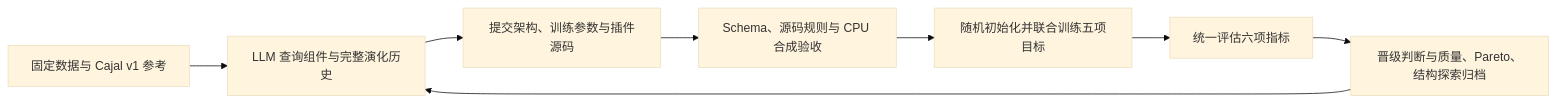
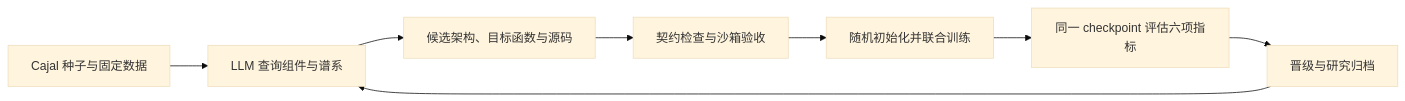
Before and after one commit to novaeve/nanobrain: the diagram in README_zh-CN.md, drawn with Mermaid (base theme). The commit also changed other lines of this file and 1 other file, not shown here.

````diff
--- a/README_zh-CN.md
+++ b/README_zh-CN.md
@@ -23,10 +94,10 @@
 ```mermaid
 flowchart LR
-    A[固定数据与 Cajal v1 参考] --> B[LLM 查询组件与完整演化历史]
-    B --> C[提交架构、训练参数与插件源码]
-    C --> D[Schema、源码规则与 CPU 合成验收]
-    D --> E[随机初始化并联合训练五项目标]
-    E --> F[统一评估六项指标]
-    F --> G[晋级判断与质量、Pareto、结构探索归档]
+    A["Cajal 种子与固定数据"] --> B["LLM 查询组件与谱系"]
+    B --> C["候选架构、目标函数与源码"]
+    C --> D["契约检查与沙箱验收"]
+    D --> E["随机初始化并联合训练"]
+    E --> F["同一 checkpoint 评估六项指标"]
+    F --> G["晋级与研究归档"]
     G --> B
 ```
````
